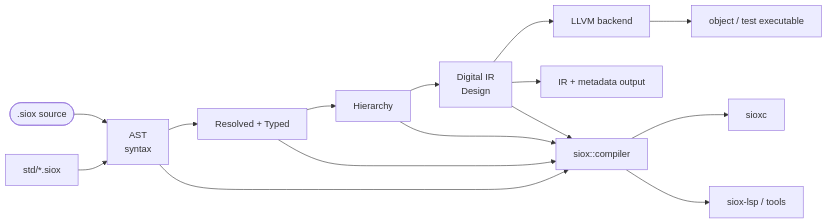
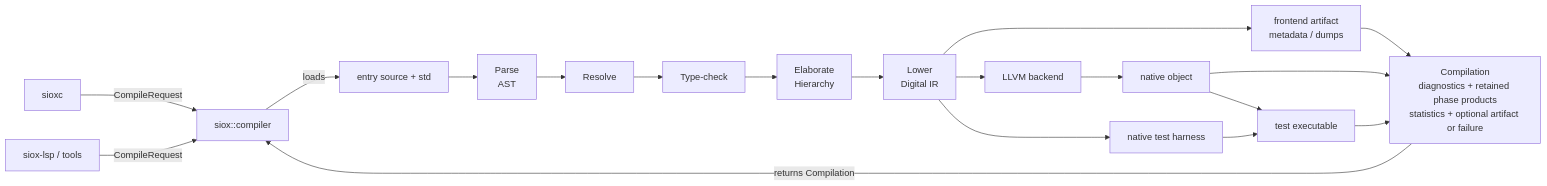
One commit to Siox-lang/sioxc changed the diagram in docs/README.md. Above: the diagram before and after it, drawn with Mermaid. The commit also changed other lines of this file and 1 other file, not shown here.

Commit message:
clarify compiler pipeline graph

````diff
--- a/docs/README.md
+++ b/docs/README.md
@@ -34,17 +34,24 @@
 ```mermaid
 flowchart LR
-    SRC([".siox source"]) --> AST["AST<br/>syntax"]
-    STD["std/*.siox"] --> AST
-    AST --> SEM["Resolved + Typed"]
-    SEM --> HIER["Hierarchy"]
-    HIER --> IR["Digital IR<br/>Design"]
+    CLI["sioxc"] -->|CompileRequest| API["siox::compiler"]
+    LSP["siox-lsp / tools"] -->|CompileRequest| API
+
+    API -->|loads| SRC["entry source + std"]
+    SRC --> AST["Parse<br/>AST"]
+    AST --> RES["Resolve"]
+    RES --> TYPE["Type-check"]
+    TYPE --> ELAB["Elaborate<br/>Hierarchy"]
+    ELAB --> IR["Lower<br/>Digital IR"]
+
+    IR --> FRONT["frontend artifact<br/>metadata / dumps"]
     IR --> LLVM["LLVM backend"]
-    LLVM --> OUT["object / test executable"]
-    IR --> DUMP["IR + metadata output"]
-    AST --> API["siox::compiler"]
-    SEM --> API
-    HIER --> API
-    IR --> API
-    API --> CLI["sioxc"]
-    API --> LSP["siox-lsp / tools"]
+    IR --> HARNESS["native test harness"]
+    LLVM --> OBJ["native object"]
+    OBJ --> TEST["test executable"]
+    HARNESS --> TEST
+
+    FRONT --> RESULT["Compilation<br/>diagnostics + retained phase products<br/>statistics + optional artifact or failure"]
+    OBJ --> RESULT
+    TEST --> RESULT
+    RESULT -->|returns Compilation| API
 ```
````
